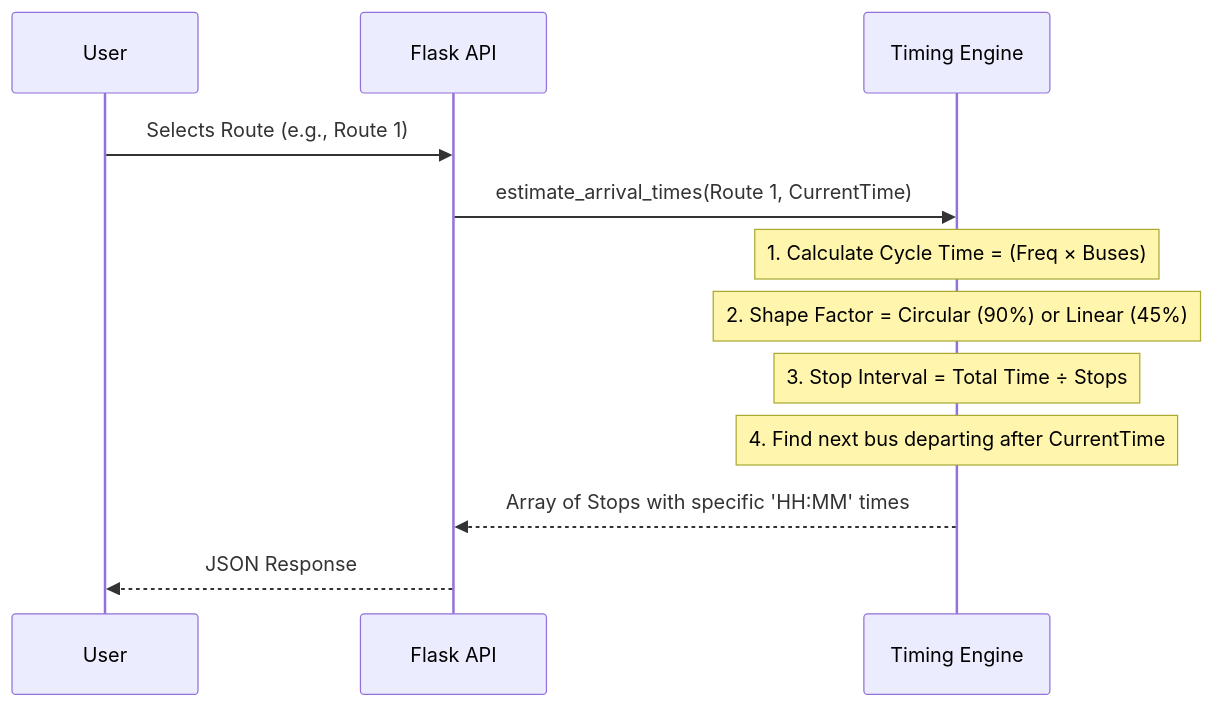
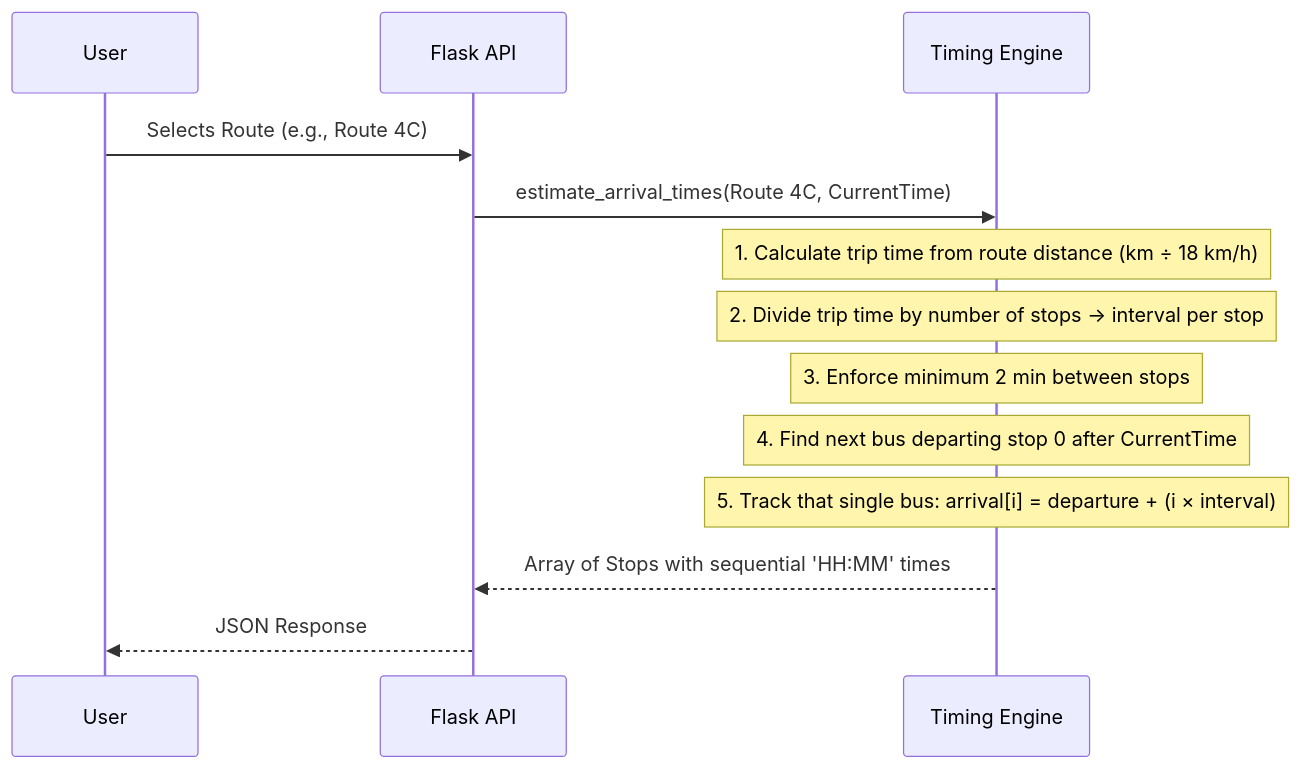
Before and after one commit to vishalbudhathoki/CTU-Bus-route-visualizer: the second of 3 diagrams in explanation.md, drawn with Mermaid. The commit also changed other lines of this file, not shown here.

Commit message:
Update explanation.md with corrected timing algorithm docs

````diff
--- a/explanation.md
+++ b/explanation.md
@@ -51,15 +51,16 @@
 ```mermaid
 sequenceDiagram
     participant User
     participant API as Flask API
     participant Math as Timing Engine
 
-    User->>API: Selects Route (e.g., Route 1)
-    API->>Math: estimate_arrival_times(Route 1, CurrentTime)
-    Note over Math: 1. Calculate Cycle Time = (Freq × Buses)
-    Note over Math: 2. Shape Factor = Circular (90%) or Linear (45%)
-    Note over Math: 3. Stop Interval = Total Time ÷ Stops
-    Note over Math: 4. Find next bus departing after CurrentTime
-    Math-->>API: Array of Stops with specific 'HH:MM' times
+    User->>API: Selects Route (e.g., Route 4C)
+    API->>Math: estimate_arrival_times(Route 4C, CurrentTime)
+    Note over Math: 1. Calculate trip time from route distance (km ÷ 18 km/h)
+    Note over Math: 2. Divide trip time by number of stops → interval per stop
+    Note over Math: 3. Enforce minimum 2 min between stops
+    Note over Math: 4. Find next bus departing stop 0 after CurrentTime
+    Note over Math: 5. Track that single bus: arrival[i] = departure + (i × interval)
+    Math-->>API: Array of Stops with sequential 'HH:MM' times
     API-->>User: JSON Response
 ```
````
